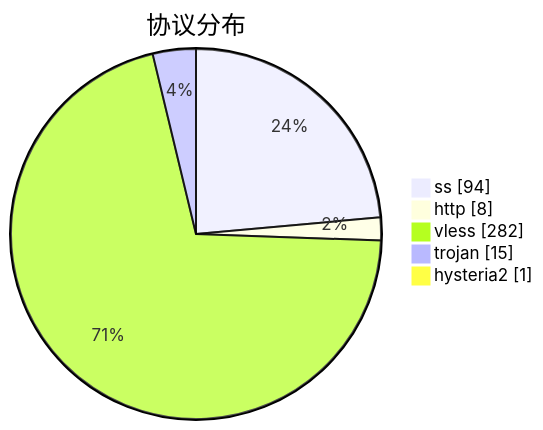
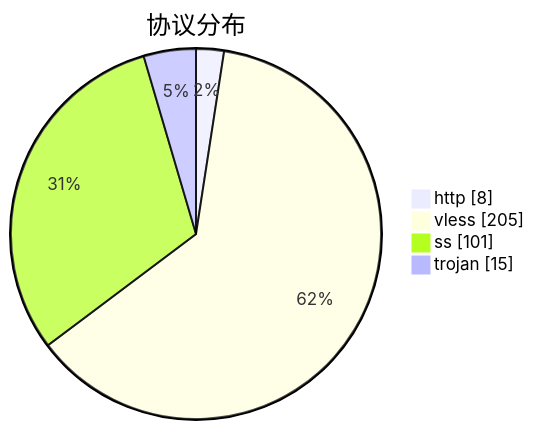
The third of 3 diagrams in subs/statistics/tested_within.md (qjlxg/airport), drawn with Mermaid before and after one commit. The commit also changed other lines of this file and 2 other files, not shown here.

````diff
--- a/subs/statistics/tested_within.md
+++ b/subs/statistics/tested_within.md
@@ -31,9 +31,8 @@
 ```mermaid
 pie showData
 title 协议分布
-"ss" : 94
 "http" : 8
-"vless" : 282
+"vless" : 205
+"ss" : 101
 "trojan" : 15
-"hysteria2" : 1
 ```
````
